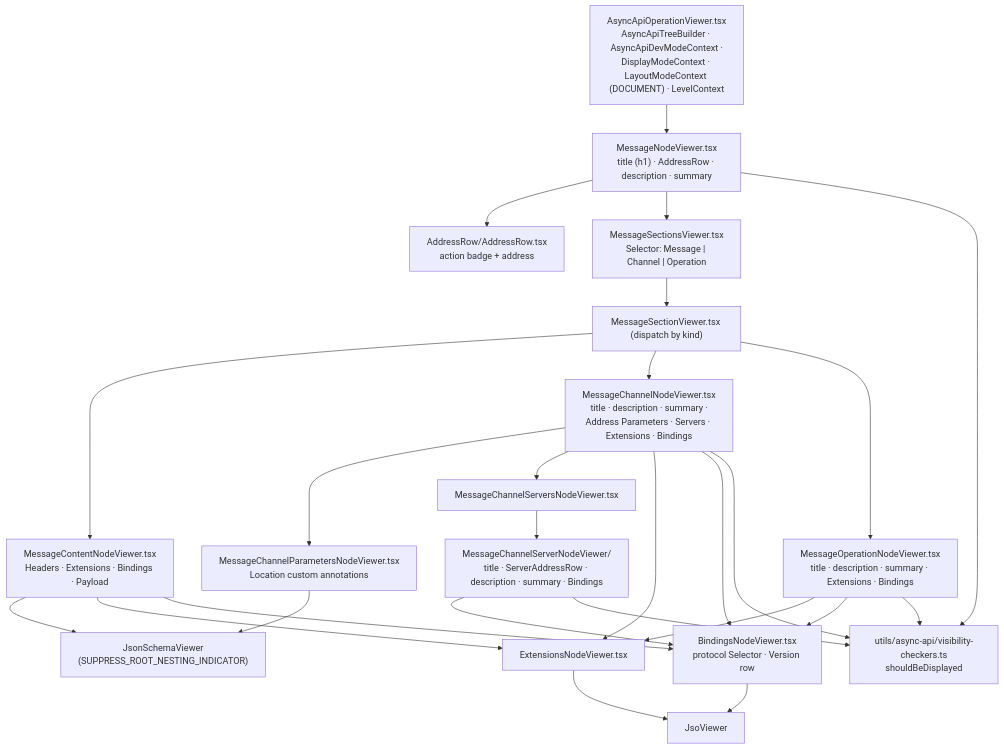
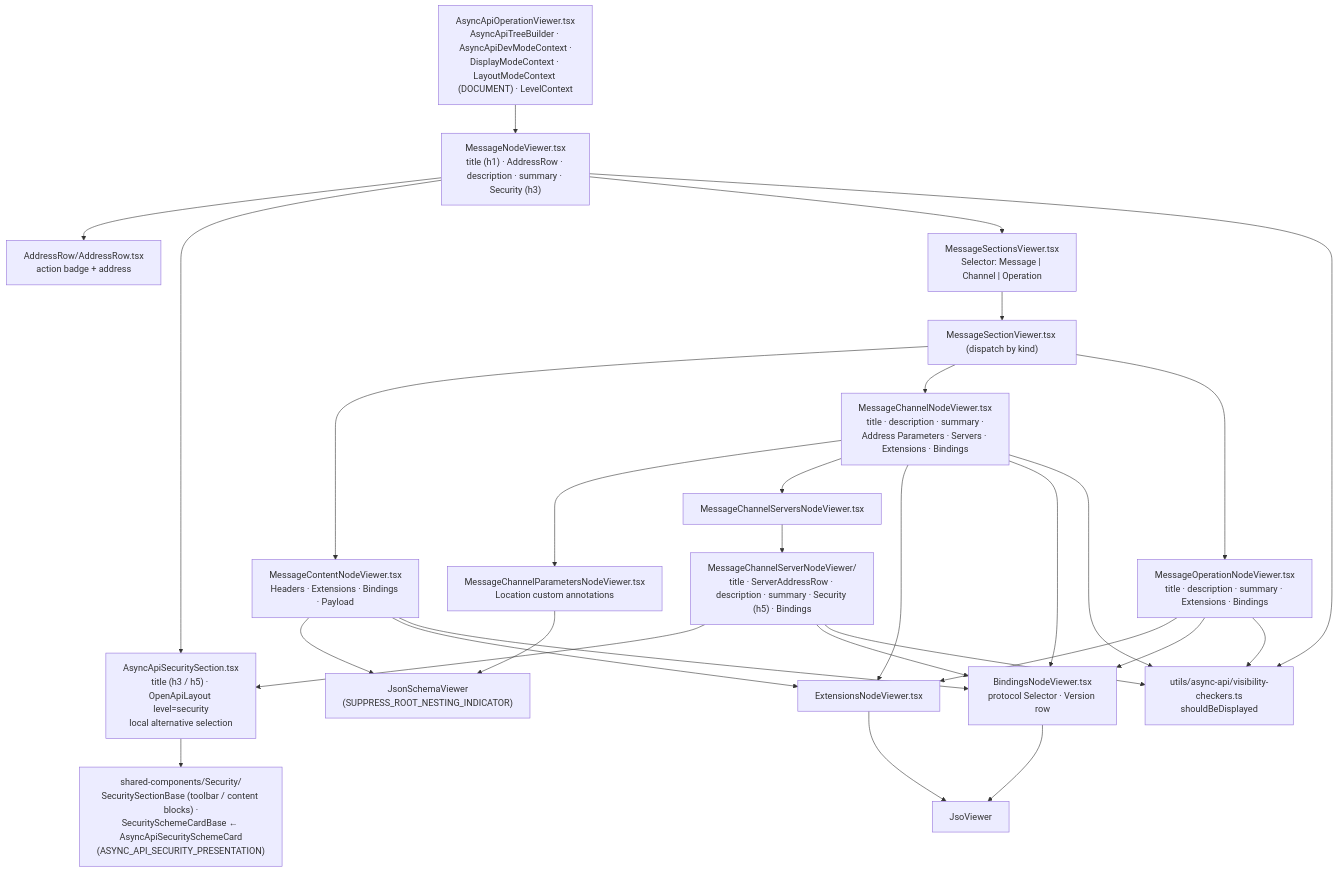
The diagram in docs/design/async-api/architecture/viewer-plain.md (Netcracker/qubership-apihub-api-doc-viewer), drawn with Mermaid before and after one commit. The commit also changed 193 other files, not shown here.

Commit message:
feat: `Security` section for `AsyncAPI`

````diff
--- a/docs/design/async-api/architecture/viewer-plain.md
+++ b/docs/design/async-api/architecture/viewer-plain.md
@@ -6,45 +6,50 @@
 ```mermaid
 flowchart TB
   Root["AsyncApiOperationViewer.tsx<br/>AsyncApiTreeBuilder · AsyncApiDevModeContext ·<br/>DisplayModeContext · LayoutModeContext (DOCUMENT) · LevelContext"]
-  Message["MessageNodeViewer.tsx<br/>title (h1) · AddressRow · description · summary"]
+  Message["MessageNodeViewer.tsx<br/>title (h1) · AddressRow · description · summary · Security (h3)"]
+  Security["AsyncApiSecuritySection.tsx<br/>title (h3 / h5) · OpenApiLayout level=security<br/>local alternative selection"]
+  SecurityShared["shared-components/Security/<br/>SecuritySectionBase (toolbar / content blocks) ·<br/>SecuritySchemeCardBase ← AsyncApiSecuritySchemeCard<br/>(ASYNC_API_SECURITY_PRESENTATION)"]
   Address["AddressRow/AddressRow.tsx<br/>action badge + address"]
   Sections["MessageSectionsViewer.tsx<br/>Selector: Message | Channel | Operation"]
   Section["MessageSectionViewer.tsx (dispatch by kind)"]
   Content["MessageContentNodeViewer.tsx<br/>Headers · Extensions · Bindings · Payload"]
   Channel["MessageChannelNodeViewer.tsx<br/>title · description · summary ·<br/>Address Parameters · Servers · Extensions · Bindings"]
   Operation["MessageOperationNodeViewer.tsx<br/>title · description · summary · Extensions · Bindings"]
   Params["MessageChannelParametersNodeViewer.tsx<br/>Location custom annotations"]
   Servers["MessageChannelServersNodeViewer.tsx"]
-  Server["MessageChannelServerNodeViewer/<br/>title · ServerAddressRow · description · summary · Bindings"]
+  Server["MessageChannelServerNodeViewer/<br/>title · ServerAddressRow · description · summary · Security (h5) · Bindings"]
   Bindings["BindingsNodeViewer.tsx<br/>protocol Selector · Version row"]
   Extensions["ExtensionsNodeViewer.tsx"]
   Visibility["utils/async-api/visibility-checkers.ts<br/>shouldBeDisplayed"]
   JsonSchema["JsonSchemaViewer<br/>(SUPPRESS_ROOT_NESTING_INDICATOR)"]
   Jso["JsoViewer"]
 
   Root --> Message
   Message --> Address
+  Message --> Security
+  Server --> Security
+  Security --> SecurityShared
   Message --> Sections
   Sections --> Section
   Section --> Content
   Section --> Channel
   Section --> Operation
   Content --> JsonSchema
   Content --> Extensions
   Content --> Bindings
   Channel --> Params
   Channel --> Servers
   Channel --> Extensions
   Channel --> Bindings
   Operation --> Extensions
   Operation --> Bindings
   Servers --> Server
   Server --> Bindings
   Params --> JsonSchema
   Bindings --> Jso
   Extensions --> Jso
   Message --> Visibility
   Channel --> Visibility
   Operation --> Visibility
   Server --> Visibility
 ```
````
